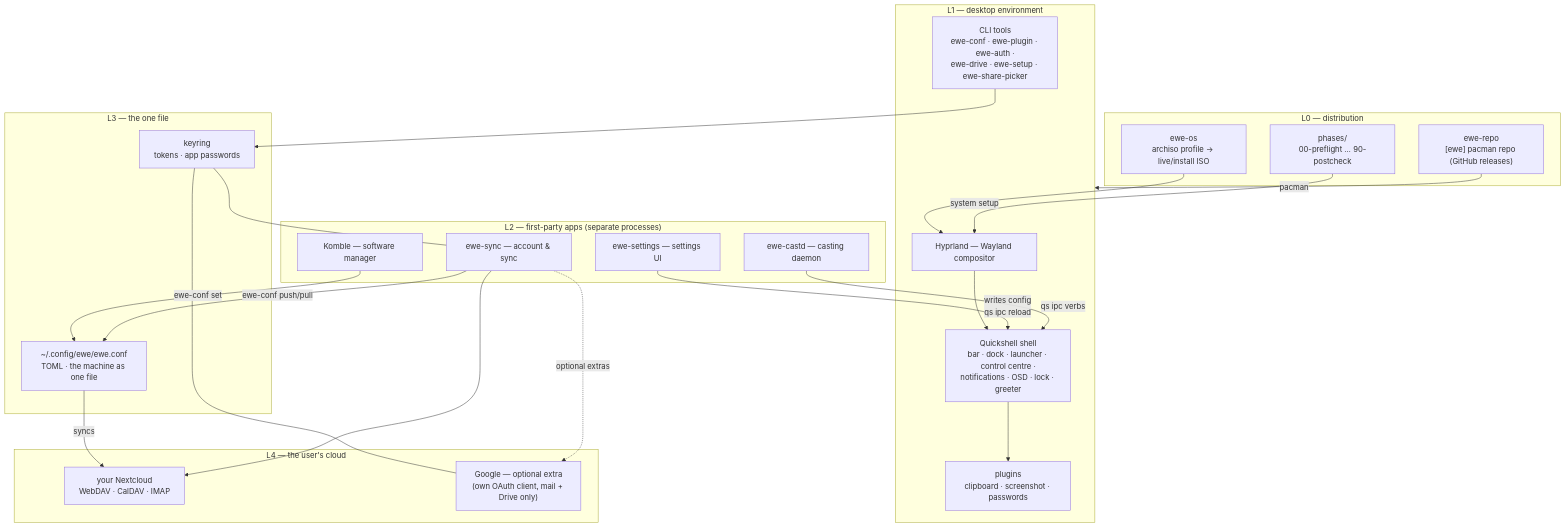
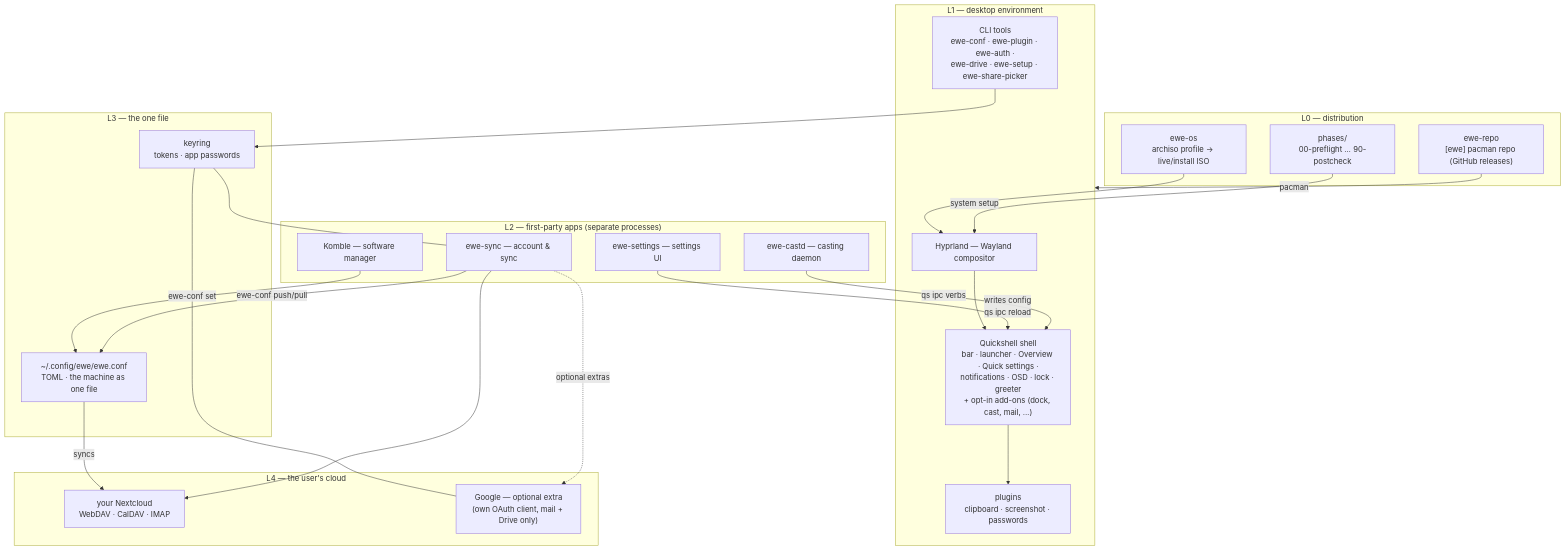
One commit to prj786/ewe-map changed the diagram in 02-Architecture/System Architecture.md. Above: the diagram before and after it, drawn with Mermaid. The commit also changed 11 other files, not shown here.

Commit message:
how-we-work + overview + roadmap: 0.25 gotchas (lid, Overview focus/signals, harness env, headless shots, Loader/attached), harness knobs, add-on loop, release vendoring step, 0.25 status + ledger, open questions, Home index

````diff
--- a/02-Architecture/System Architecture.md
+++ b/02-Architecture/System Architecture.md
@@ -17,51 +17,51 @@
 ```mermaid
 flowchart TB
     subgraph L0["L0 — distribution"]
         ISO["ewe-os<br/>archiso profile → live/install ISO"]
         REPO["ewe-repo<br/>[ewe] pacman repo (GitHub releases)"]
         PHASES["phases/<br/>00-preflight … 90-postcheck"]
     end
 
     subgraph L1["L1 — desktop environment"]
         HYP["Hyprland — Wayland compositor"]
-        QS["Quickshell shell<br/>bar · dock · launcher · control centre ·<br/>notifications · OSD · lock · greeter"]
+        QS["Quickshell shell<br/>bar · launcher · Overview · Quick settings ·<br/>notifications · OSD · lock · greeter<br/>+ opt-in add-ons (dock, cast, mail, …)"]
         PLUGINS["plugins<br/>clipboard · screenshot · passwords"]
         CLI["CLI tools<br/>ewe-conf · ewe-plugin · ewe-auth ·<br/>ewe-drive · ewe-setup · ewe-share-picker"]
     end
 
     subgraph L2["L2 — first-party apps (separate processes)"]
         K["Komble — software manager"]
         S["ewe-settings — settings UI"]
         SY["ewe-sync — account & sync"]
         CAST["ewe-castd — casting daemon"]
     end
 
     subgraph L3["L3 — the one file"]
         ONEFILE["~/.config/ewe/ewe.conf<br/>TOML · the machine as one file"]
         KEYRING["keyring<br/>tokens · app passwords"]
     end
 
     subgraph L4["L4 — the user's cloud"]
         NEXT["your Nextcloud<br/>WebDAV · CalDAV · IMAP"]
         GOOGLE["Google — optional extra<br/>(own OAuth client, mail + Drive only)"]
     end
 
     ISO --> HYP
     REPO -->|"pacman"| L1
     PHASES -->|"system setup"| HYP
 
     QS --> PLUGINS
     HYP --> QS
 
     K -->|"ewe-conf set"| ONEFILE
     S -->|"writes config<br/>qs ipc reload"| QS
     SY -->|"ewe-conf push/pull"| ONEFILE
     CAST -->|"qs ipc verbs"| QS
 
     ONEFILE -->|"syncs"| NEXT
     KEYRING --- SY
     KEYRING --- GOOGLE
     CLI --> KEYRING
     SY --> NEXT
     SY -.->|"optional extras"| GOOGLE
 ```
````
